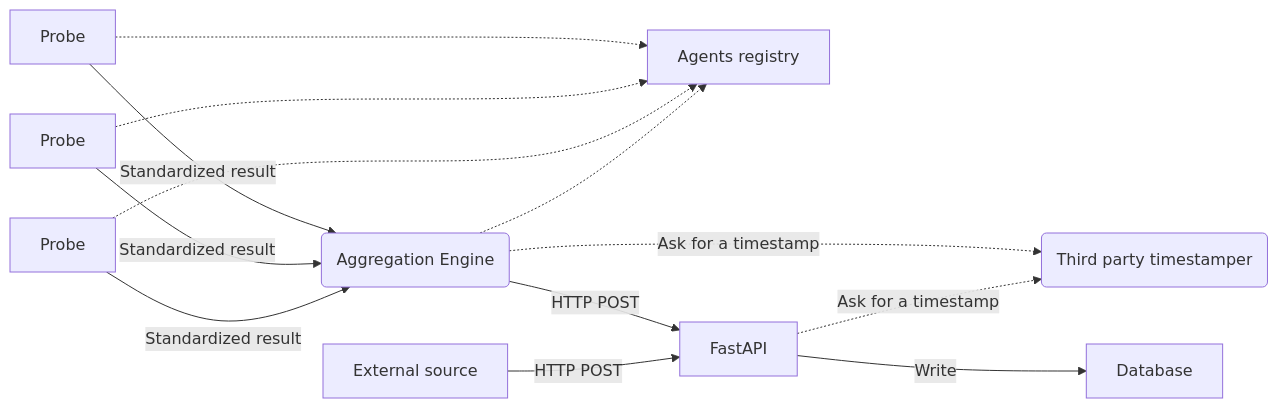
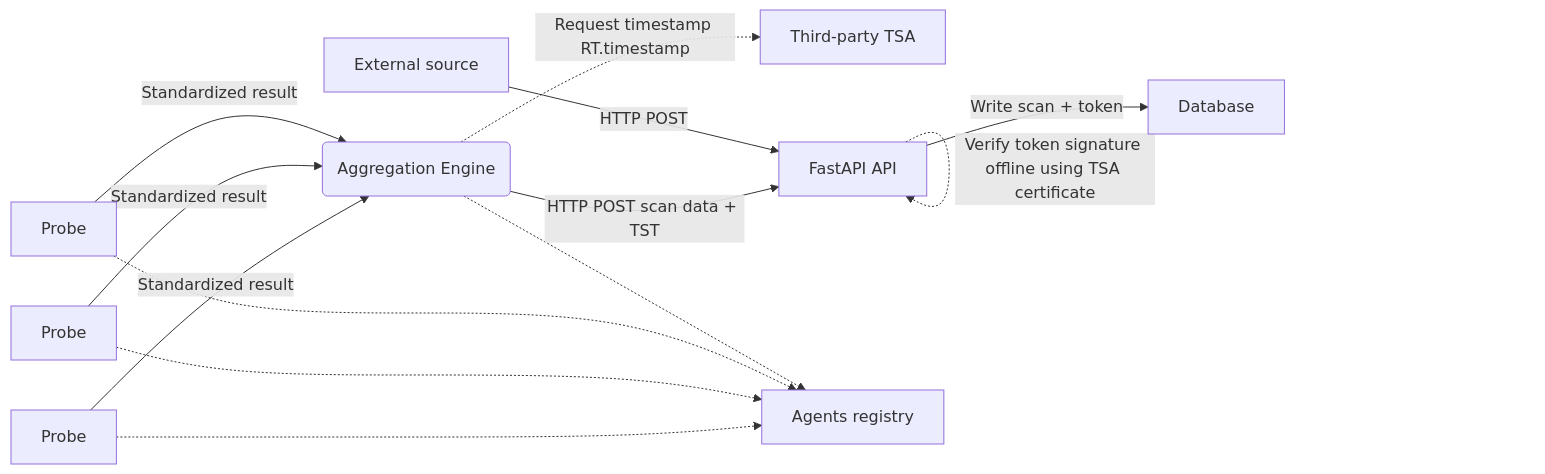
The first of 2 diagrams in paper/paper.md (scandale-project/scandale), drawn with Mermaid before and after one commit. The commit also changed other lines of this file and 15 other files, not shown here.

Commit message:
clarify sequence diagrams (timestamp check and Timestamp token generation)

````diff
--- a/paper/paper.md
+++ b/paper/paper.md
@@ -59,19 +57,28 @@
 ```mermaid
 flowchart LR
+    %% Probes send data
+    P[Probe] -->|Standardized result| A(Aggregation Engine)
+    P1[Probe] -->|Standardized result| A
+    P2[Probe] -->|Standardized result| A
 
-P[Probe] -->|Standardized result| A(Aggregation Engine)
-P1[Probe] -->|Standardized result| A
-P2[Probe] -->|Standardized result| A
+    %% Aggregation engine requests timestamp from TSA
+    A -.->|Request timestamp RT.timestamp| TSA[Third-party TSA]
 
-A -.->|Ask for a timestamp| RTS(Third party timestamper)
+    %% Aggregation sends data and token to API
+    A -->|HTTP POST scan data + TST| B[FastAPI API]
 
-P -.-> H[Agents registry]
-P1 -.-> H
-P2 -.-> H
-A -.-> H
+    %% API writes to database
+    B -->|Write scan + token| G[Database]
 
-A -->|HTTP POST| B[FastAPI]
-B -.->|Ask for a timestamp| RTS
-B -->|Write| G[Database]
-E[External source] -->|HTTP POST| B
+    %% API offline validation of token
+    B -.->|Verify token signature offline using TSA certificate| B
+
+    %% Agents registry
+    P -.-> H[Agents registry]
+    P1 -.-> H
+    P2 -.-> H
+    A -.-> H
+
+    %% External sources can also post scan data
+    E[External source] -->|HTTP POST| B
 ```
````
